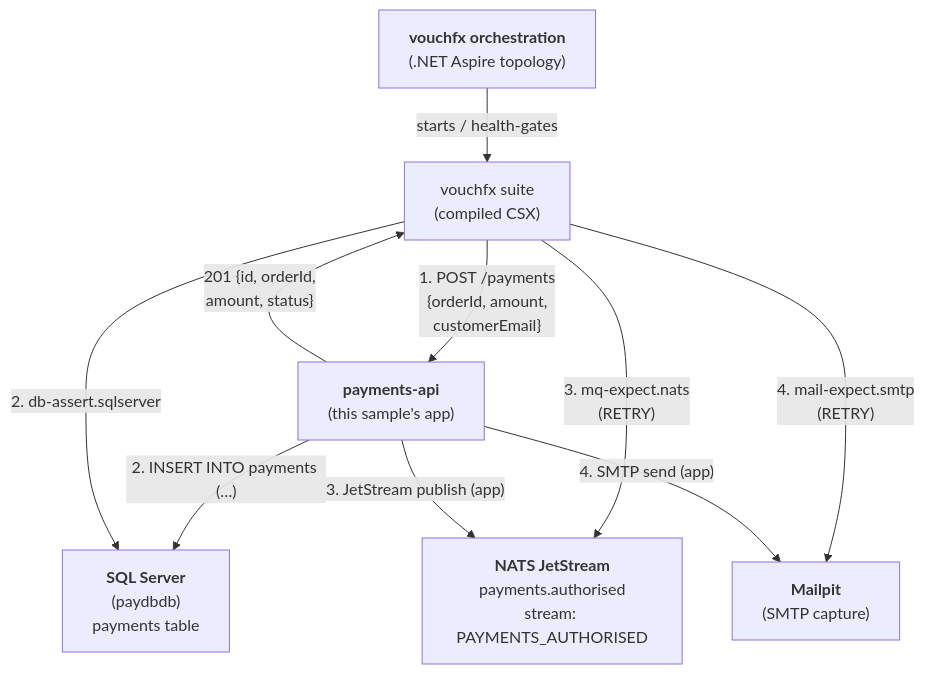
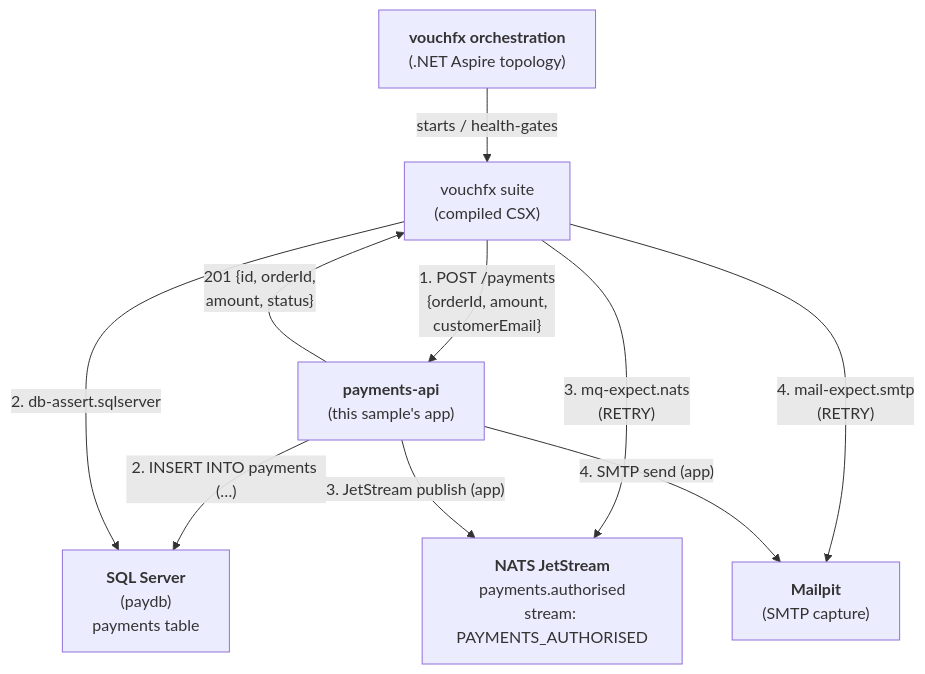
The diagram in samples/payments-java/README.md (tomas-rampas/vouchfx-samples), drawn with Mermaid before and after one commit. The commit also changed 3 other files, not shown here.

First line of the commit message:
docs: resolve review findings — one numbering convention across the four diagrams

````diff
--- a/samples/payments-java/README.md
+++ b/samples/payments-java/README.md
@@ -31,19 +31,19 @@
 ```mermaid
 flowchart TB
     Orchestration["<b>vouchfx orchestration</b><br/>(.NET Aspire topology)"]
     Suite["vouchfx suite<br/>(compiled CSX)"]
     
-    Orchestration -->|starts / health-gates| Suite
+    Orchestration -->|"starts / health-gates"| Suite
     
     Suite -->|"1. POST /payments<br/>{orderId, amount,<br/>customerEmail}"| API["<b>payments-api</b><br/>(this sample's app)"]
     API -->|"201 {id, orderId,<br/>amount, status}"| Suite
     
-    API -->|"2. INSERT INTO payments (…)"| DB["<b>SQL Server</b><br/>(paydbdb)<br/>payments table"]
+    API -->|"2. INSERT INTO payments (…)"| DB["<b>SQL Server</b><br/>(paydb)<br/>payments table"]
     Suite -->|"2. db-assert.sqlserver"| DB
     
     Suite -->|"3. mq-expect.nats<br/>(RETRY)"| NATS["<b>NATS JetStream</b><br/>payments.authorised<br/>stream: PAYMENTS_AUTHORISED"]
     API -->|"3. JetStream publish (app)"| NATS
     
     Suite -->|"4. mail-expect.smtp<br/>(RETRY)"| Mail["<b>Mailpit</b><br/>(SMTP capture)"]
     API -->|"4. SMTP send (app)"| Mail
 ```
````
